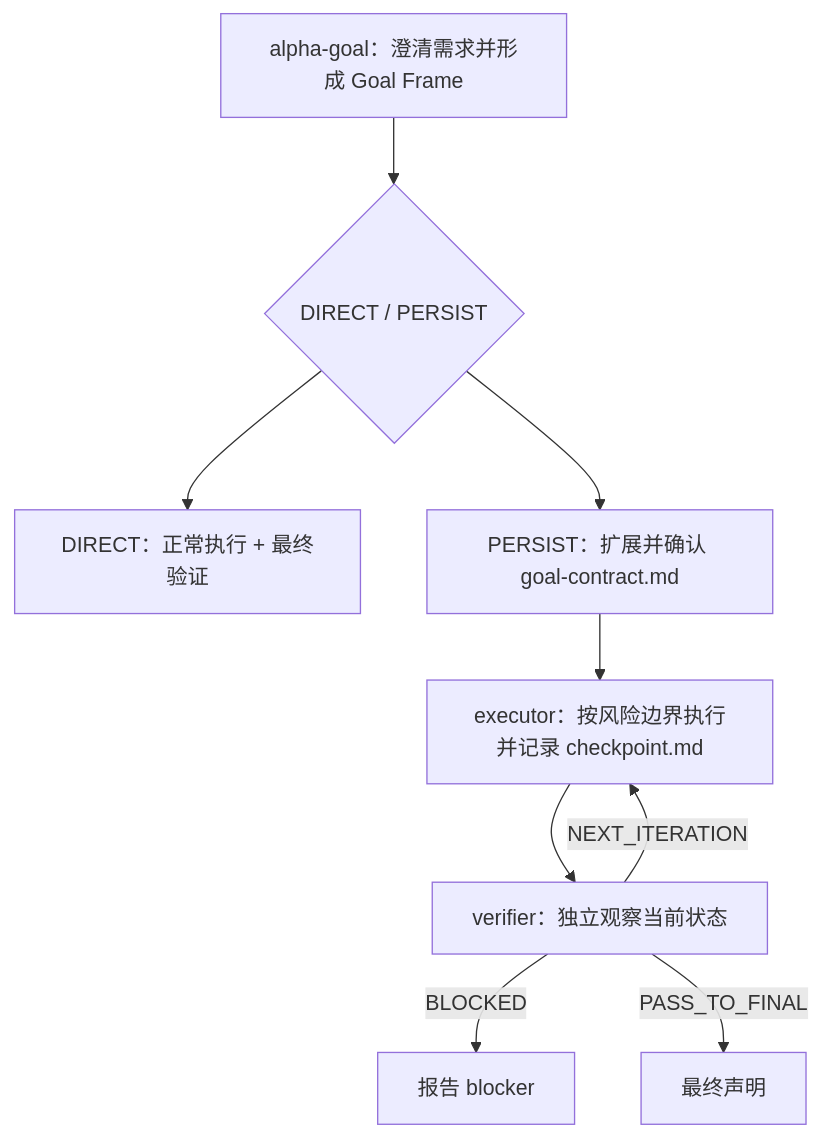
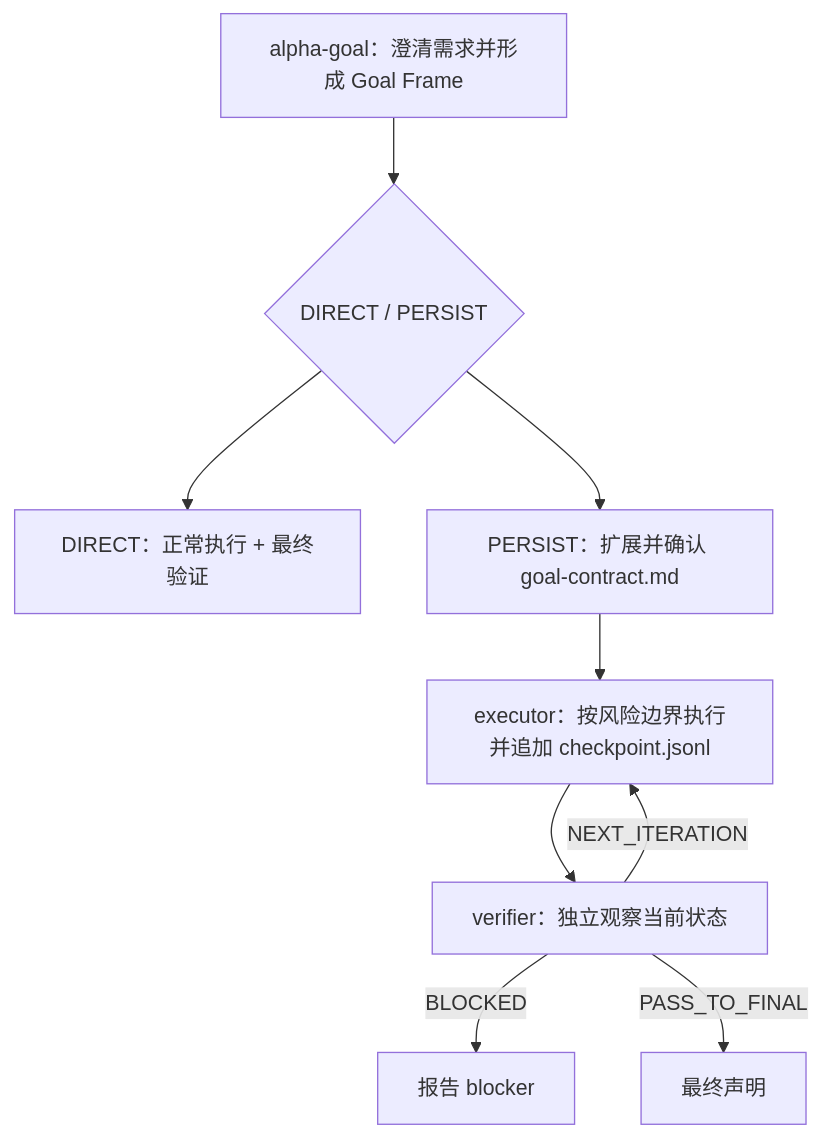
The diagram in README.md (azhonglee/alpha-goal), drawn with Mermaid before and after one commit. The commit also changed other lines of this file and 17 other files, not shown here.

````diff
--- a/README.md
+++ b/README.md
@@ -42,11 +42,11 @@
 ```mermaid
 flowchart TD
   A["alpha-goal：澄清需求并形成 Goal Frame"] --> R{"DIRECT / PERSIST"}
   R --> D["DIRECT：正常执行 + 最终验证"]
   R --> P["PERSIST：扩展并确认 goal-contract.md"]
-  P --> E["executor：按风险边界执行并记录 checkpoint.md"]
+  P --> E["executor：按风险边界执行并追加 checkpoint.jsonl"]
   E --> V["verifier：独立观察当前状态"]
   V -->|"NEXT_ITERATION"| E
   V -->|"BLOCKED"| B["报告 blocker"]
   V -->|"PASS_TO_FINAL"| F["最终声明"]
 ```
````
